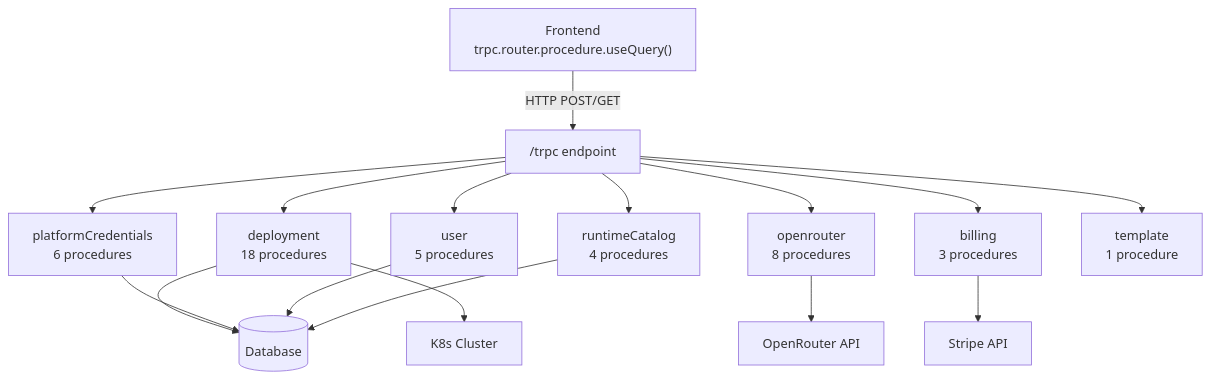
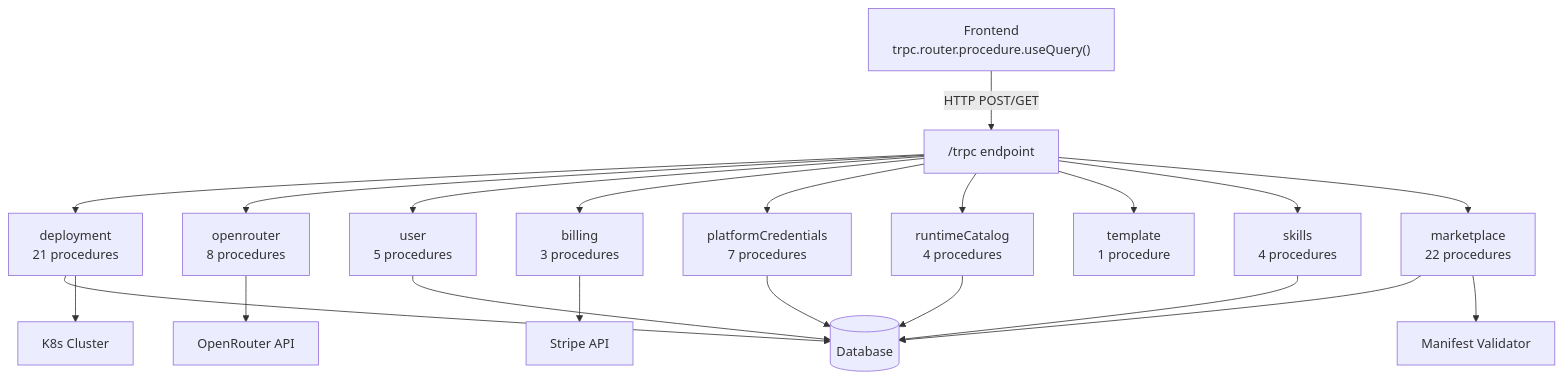
Before and after one commit to Bretthb/jarble: the fourth of 14 diagrams in API-ENDPOINTS.md, drawn with Mermaid. The commit also changed other lines of this file and 7 other files, not shown here.

````diff
--- a/API-ENDPOINTS.md
+++ b/API-ENDPOINTS.md
@@ -154,20 +156,25 @@
 ```mermaid
 graph TD
     CLIENT["Frontend<br/>trpc.router.procedure.useQuery()"] -->|"HTTP POST/GET"| TRPC["/trpc endpoint"]
 
-    TRPC --> DEPLOYMENT["deployment<br/>18 procedures"]
+    TRPC --> DEPLOYMENT["deployment<br/>21 procedures"]
     TRPC --> OPENROUTER["openrouter<br/>8 procedures"]
     TRPC --> USER["user<br/>5 procedures"]
     TRPC --> BILLING["billing<br/>3 procedures"]
-    TRPC --> PLATCREDS["platformCredentials<br/>6 procedures"]
+    TRPC --> PLATCREDS["platformCredentials<br/>7 procedures"]
     TRPC --> RUNTIME_CAT["runtimeCatalog<br/>4 procedures"]
     TRPC --> TEMPLATE["template<br/>1 procedure"]
+    TRPC --> SKILLS["skills<br/>4 procedures"]
+    TRPC --> MARKETPLACE["marketplace<br/>22 procedures"]
 
     DEPLOYMENT --> DB[("Database")]
     DEPLOYMENT --> K8S["K8s Cluster"]
     OPENROUTER --> OR_API["OpenRouter API"]
     BILLING --> STRIPE_API["Stripe API"]
     PLATCREDS --> DB
     USER --> DB
     RUNTIME_CAT --> DB
+    SKILLS --> DB
+    MARKETPLACE --> DB
+    MARKETPLACE --> MFVAL["Manifest Validator"]
 ```
````
